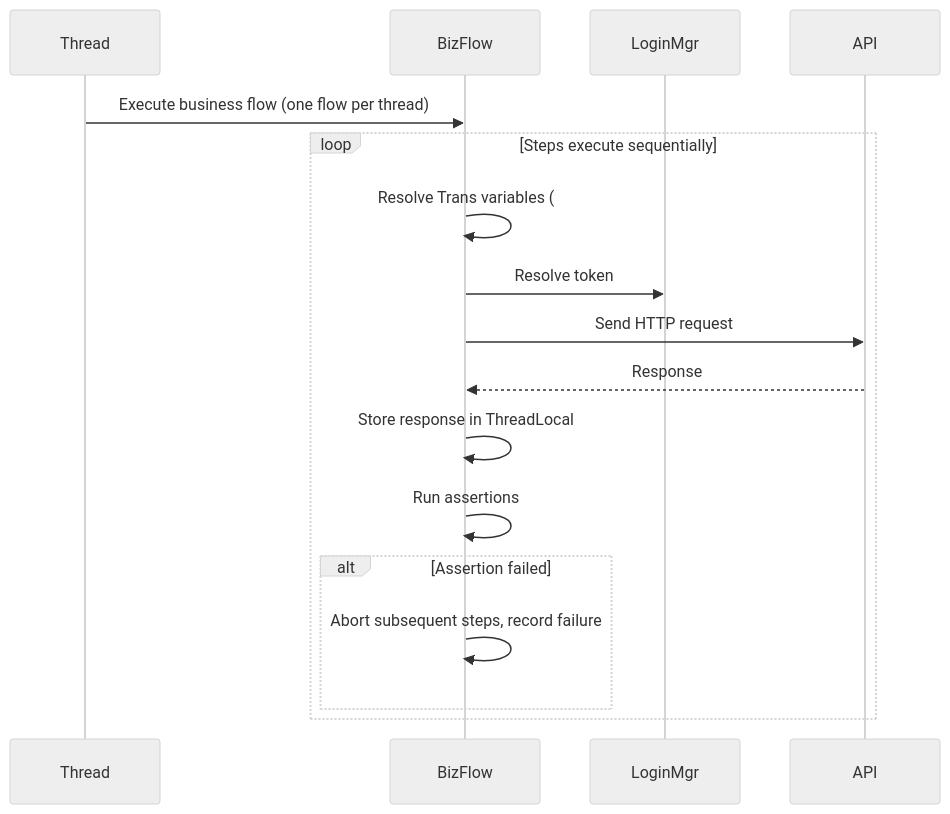
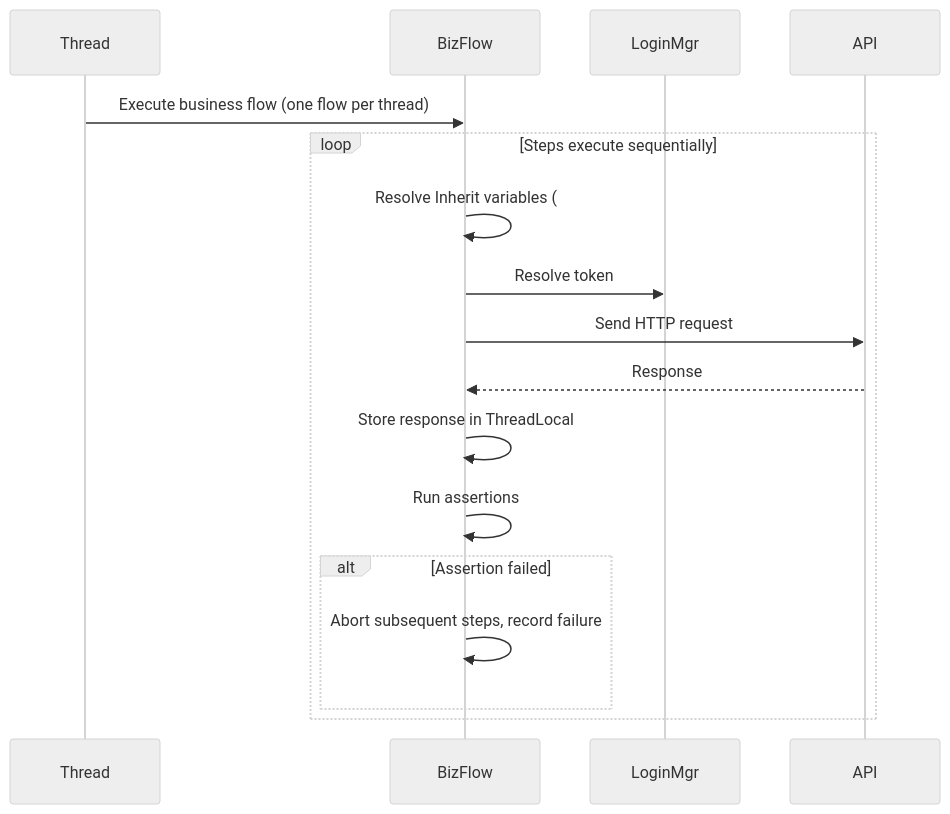
One commit to Remon-16/flow-forge changed the third of 3 diagrams in python/README.en.md. Above: the diagram before and after it, drawn with Mermaid (neutral theme). The commit also changed other lines of this file and 31 other files, not shown here.

````diff
--- a/python/README.en.md
+++ b/python/README.en.md
@@ -724,20 +724,20 @@
 ```mermaid
 sequenceDiagram
     participant Thread
     participant BizFlow
     participant LoginMgr
     participant API
 
     Thread->>BizFlow: Execute business flow (one flow per thread)
     loop Steps execute sequentially
-        BizFlow->>BizFlow: Resolve Trans variables (#{key})
+        BizFlow->>BizFlow: Resolve Inherit variables (#{key})
         BizFlow->>LoginMgr: Resolve token
         BizFlow->>API: Send HTTP request
         API-->>BizFlow: Response
         BizFlow->>BizFlow: Store response in ThreadLocal
         BizFlow->>BizFlow: Run assertions
         alt Assertion failed
             BizFlow->>BizFlow: Abort subsequent steps, record failure
         end
     end
 ```
````
